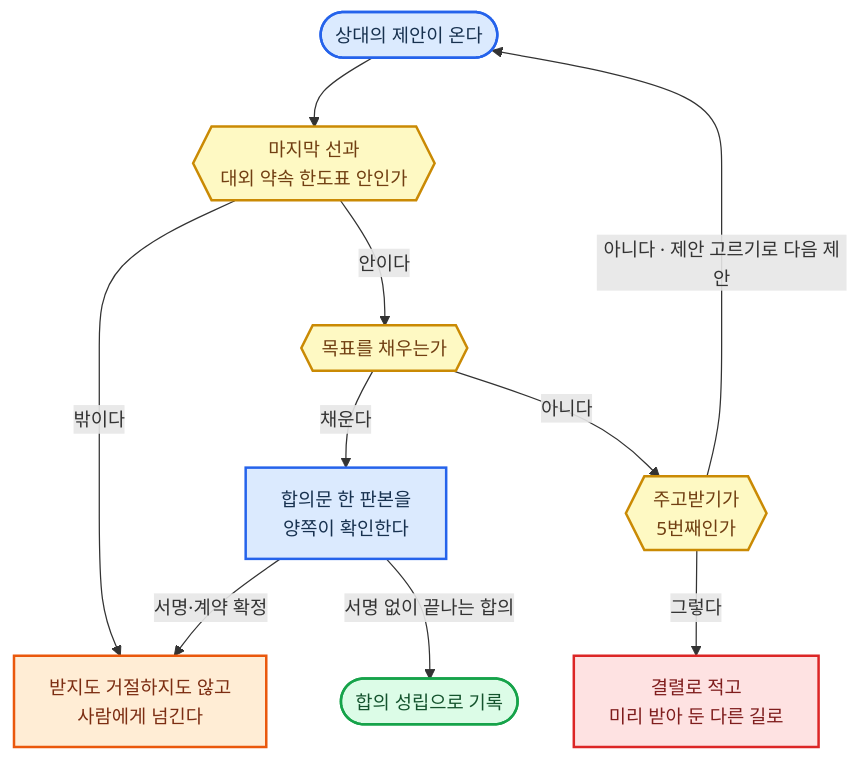
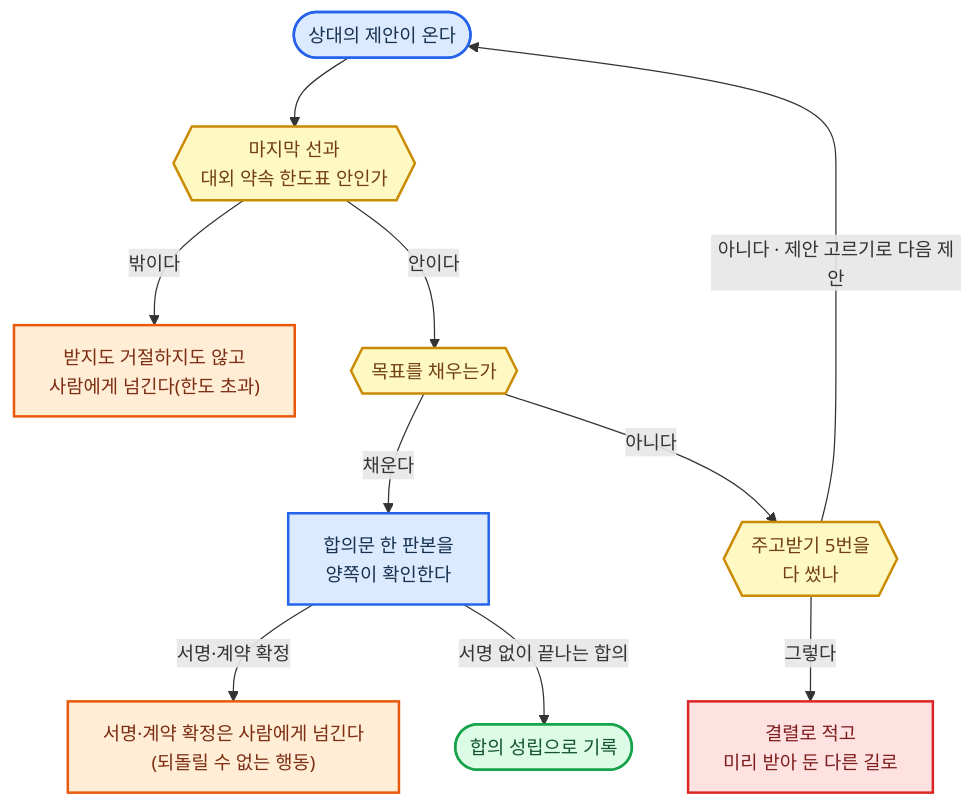
Before and after one commit to harisbaguette/expert: diagram 17 of 26 in 전문가 에이전트 정의 2.md, drawn with Mermaid. The commit also changed other lines of this file and 7 other files, not shown here.

````diff
--- a/전문가 에이전트 정의 2.md
+++ b/전문가 에이전트 정의 2.md
@@ -1964,14 +2155,14 @@
 ```mermaid
 %%{init: {"flowchart": {"wrappingWidth": 640, "curve": "basis", "nodeSpacing": 45, "rankSpacing": 55, "padding": 14, "useMaxWidth": true}, "themeVariables": {"fontSize": "15px"}} }%%
 flowchart TB
-    IN(["상대의 제안이 온다"]):::main --> LINE{{"마지막 선과<br/>대외 약속 한도표 안인가"}}:::note -- "밖이다" --> HUMAN["받지도 거절하지도 않고<br/>사람에게 넘긴다"]:::back
-    LINE -- "안이다" --> GOAL{{"목표를 채우는가"}}:::note -- "채운다" --> SIGN["합의문 한 판본을<br/>양쪽이 확인한다"]:::main -- "서명·계약 확정" --> HUMAN
-    GOAL -- "아니다" --> CNT{{"주고받기가<br/>5번째인가"}}:::note -- "그렇다" --> BREAK["결렬로 적고<br/>미리 받아 둔 다른 길로"]:::stop
+    IN(["상대의 제안이 온다"]):::main --> LINE{{"마지막 선과<br/>대외 약속 한도표 안인가"}}:::note -- "밖이다" --> HUMAN["받지도 거절하지도 않고<br/>사람에게 넘긴다(한도 초과)"]:::back
+    LINE -- "안이다" --> GOAL{{"목표를 채우는가"}}:::note -- "채운다" --> SIGN["합의문 한 판본을<br/>양쪽이 확인한다"]:::main -- "서명·계약 확정" --> HUMAN2["서명·계약 확정은 사람에게 넘긴다<br/>(되돌릴 수 없는 행동)"]:::back
+    GOAL -- "아니다" --> CNT{{"주고받기 5번을<br/>다 썼나"}}:::note -- "그렇다" --> BREAK["결렬로 적고<br/>미리 받아 둔 다른 길로"]:::stop
     CNT -- "아니다 · 제안 고르기로 다음 제안" --> IN
     SIGN -- "서명 없이 끝나는 합의" --> OK(["합의 성립으로 기록"]):::good
     classDef main fill:#dbeafe,stroke:#2563eb,stroke-width:2px,color:#17314f
     classDef stop fill:#fee2e2,stroke:#dc2626,stroke-width:2px,color:#7f1d1d
     classDef back fill:#ffedd5,stroke:#ea580c,stroke-width:2px,color:#7c2d12
     classDef good fill:#dcfce7,stroke:#16a34a,stroke-width:2px,color:#14532d
     classDef note fill:#fef9c3,stroke:#ca8a04,stroke-width:2px,color:#713f12
 ```
````
